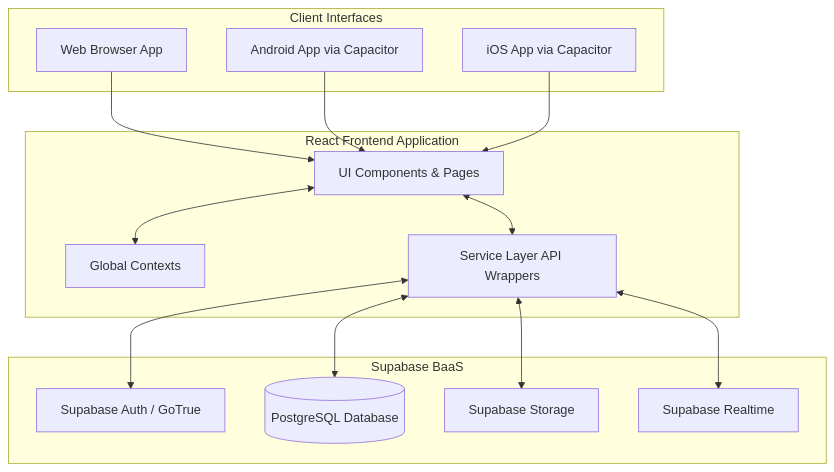
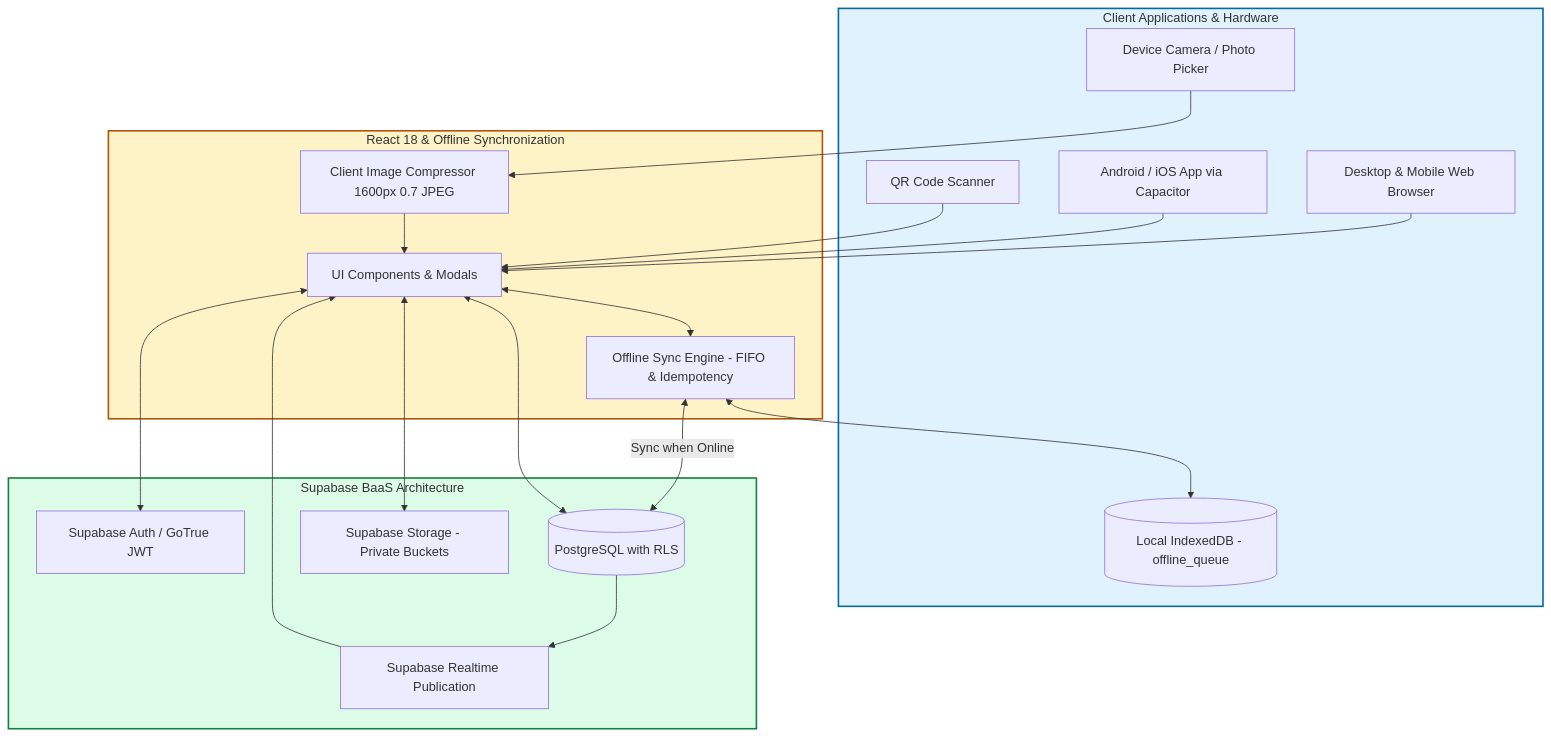
Before and after one commit to Damonyo03/Bantay-Bayan-System: the diagram in TECHNICAL_DOCUMENTATION.md, drawn with Mermaid. The commit also changed other lines of this file and 12 other files, not shown here.

````diff
--- a/TECHNICAL_DOCUMENTATION.md
+++ b/TECHNICAL_DOCUMENTATION.md
@@ -59,36 +129,43 @@
 ```mermaid
 graph TD
-    subgraph Client [Client Interfaces]
-        Web[Web Browser App]
-        Android[Android App via Capacitor]
-        iOS[iOS App via Capacitor]
+    subgraph ClientLayer [Client Applications & Hardware]
+        Web[Desktop & Mobile Web Browser]
+        MobileApp[Android / iOS App via Capacitor]
+        Camera[Device Camera / Photo Picker]
+        QRScanner[QR Code Scanner]
+        IndexedDB[(Local IndexedDB - offline_queue)]
     end
 
-    subgraph Frontend [React Frontend Application]
-        UI[UI Components & Pages]
-        Context[Global Contexts]
-        Services[Service Layer API Wrappers]
+    subgraph FrontendEngine [React 18 & Offline Synchronization]
+        UI[UI Components & Modals]
+        OfflineSync[Offline Sync Engine - FIFO & Idempotency]
+        ImageCompressor[Client Image Compressor 1600px 0.7 JPEG]
         
         Web --> UI
-        Android --> UI
-        iOS --> UI
-        UI <--> Context
-        UI <--> Services
+        MobileApp --> UI
+        Camera --> ImageCompressor --> UI
+        QRScanner --> UI
+        UI <--> OfflineSync <--> IndexedDB
     end
 
-    subgraph Backend [Supabase BaaS]
-        Auth[Supabase Auth / GoTrue]
-        DB[(PostgreSQL Database)]
-        Storage[Supabase Storage]
-        Realtime[Supabase Realtime]
+    subgraph BackendSupabase [Supabase BaaS Architecture]
+        Auth[Supabase Auth / GoTrue JWT]
+        PostgreSQL[(PostgreSQL with RLS)]
+        Storage[Supabase Storage - Private Buckets]
+        Realtime[Supabase Realtime Publication]
         
-        Services <--> Auth
-        Services <--> DB
-        Services <--> Storage
-        Services <--> Realtime
+        OfflineSync <-->|Sync when Online| PostgreSQL
+        UI <--> Auth
+        UI <--> PostgreSQL
+        UI <--> Storage
+        PostgreSQL --> Realtime --> UI
     end
-    
-    classDef client fill:#f9f,stroke:#333,stroke-width:2px;
-    classDef frontend fill:#bbf,stroke:#333,stroke-width:2px;
-    classDef backend fill:#bfb,stroke:#333,stroke-width:2px;
+
+    classDef client fill:#e0f2fe,stroke:#0369a1,stroke-width:2px;
+    classDef frontend fill:#fef3c7,stroke:#b45309,stroke-width:2px;
+    classDef backend fill:#dcfce7,stroke:#15803d,stroke-width:2px;
+
+    class ClientLayer client;
+    class FrontendEngine frontend;
+    class BackendSupabase backend;
 ```
````
